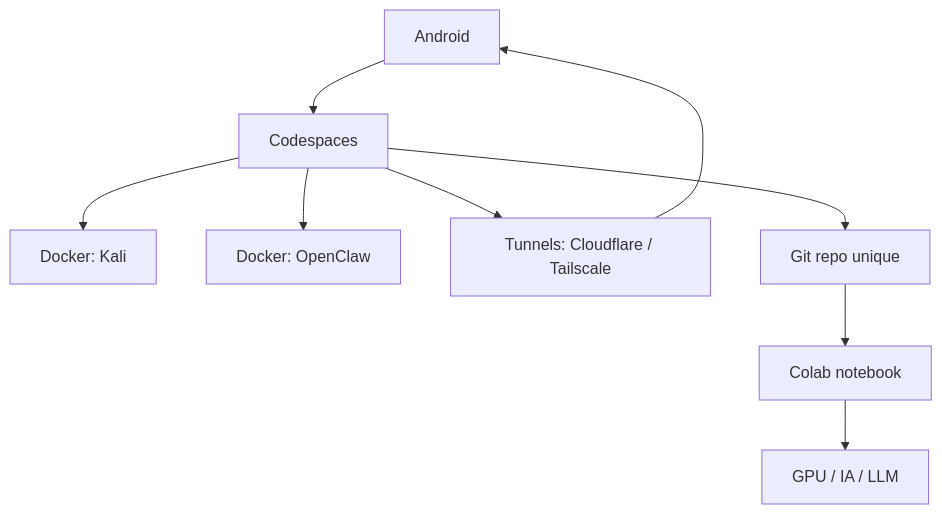
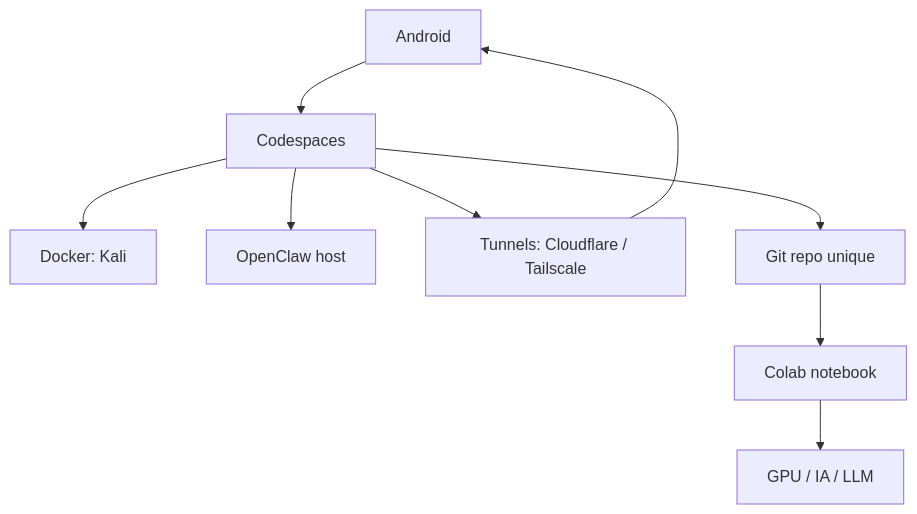
Before and after one commit to djipino63-sketch/pino-lab: the diagram in README.md, drawn with Mermaid. The commit also changed other lines of this file and 9 other files, not shown here.

Commit message:
Harden OpenClaw, VNC, and docs

````diff
--- a/README.md
+++ b/README.md
@@ -9,11 +9,11 @@
 ```mermaid
 flowchart TD
   A[Android] --> B[Codespaces]
   B --> C[Docker: Kali]
-  B --> D[Docker: OpenClaw]
+  B --> D[OpenClaw host]
   B --> E[Tunnels: Cloudflare / Tailscale]
   E --> A
   B --> F[Git repo unique]
   F --> G[Colab notebook]
   G --> H[GPU / IA / LLM]
 ```
````
